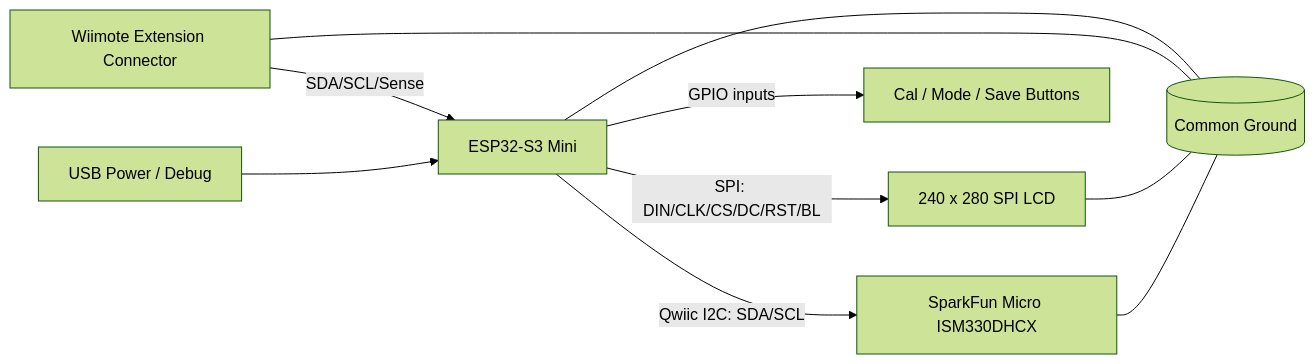
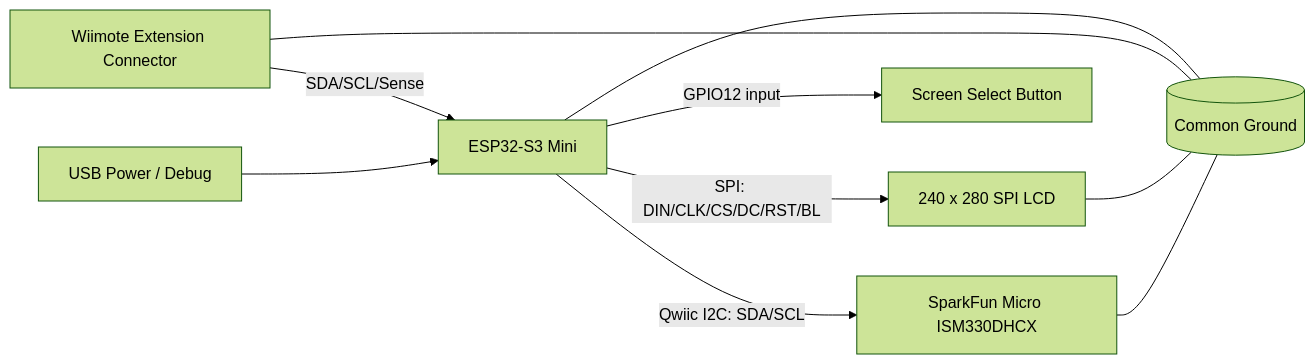
The diagram in wii_motion_pro_prototype_wiring.md (mystichar/Motion-Pro), drawn with Mermaid (forest theme) before and after one commit. The commit also changed other lines of this file and 5 other files, not shown here.

````diff
--- a/wii_motion_pro_prototype_wiring.md
+++ b/wii_motion_pro_prototype_wiring.md
@@ -205,12 +201,12 @@
 ```mermaid
 flowchart LR
     WII[Wiimote Extension Connector] -->|SDA/SCL/Sense| ESP[ESP32-S3 Mini]
     ESP -->|SPI: DIN/CLK/CS/DC/RST/BL| LCD[240 x 280 SPI LCD]
     ESP -->|Qwiic I2C: SDA/SCL| IMU[SparkFun Micro ISM330DHCX]
-    ESP -->|GPIO inputs| BTN[Cal / Mode / Save Buttons]
+    ESP -->|GPIO12 input| BTN[Screen Select Button]
     USB[USB Power / Debug] --> ESP
     ESP --- GND[(Common Ground)]
     WII --- GND
     LCD --- GND
     IMU --- GND
 ```
````
